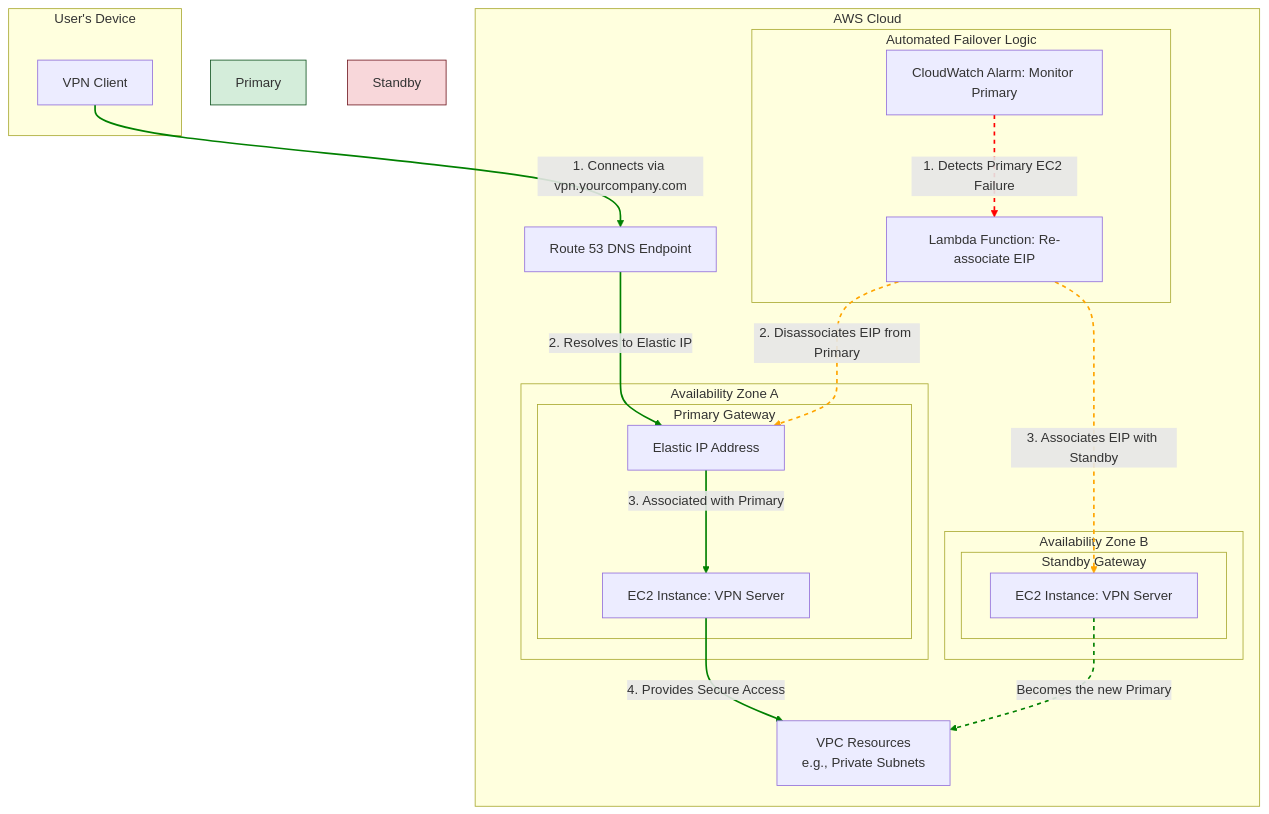
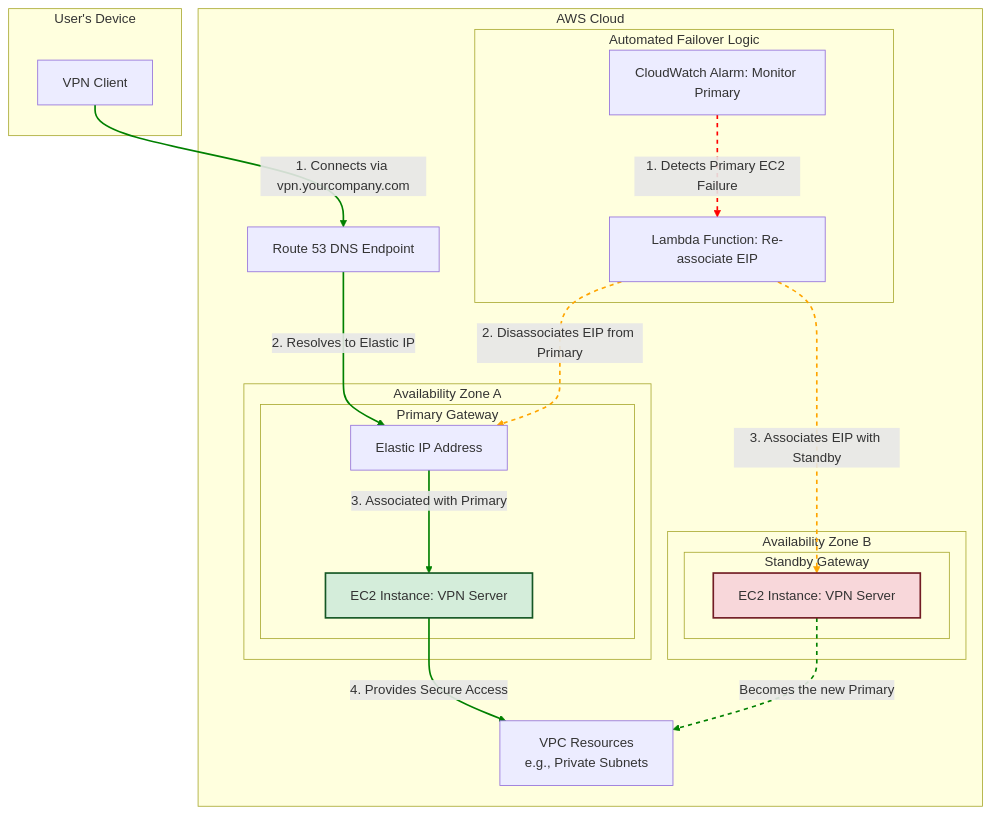
One commit to VDarius-IT/Web_App_Security_Testing_and_Hardening changed the diagram in README.md. Above: the diagram before and after it, drawn with Mermaid.

````diff
--- a/README.md
+++ b/README.md
@@ -60,61 +60,55 @@
 ```mermaid
 graph TD
     subgraph "User's Device"
         U[VPN Client]
     end
 
     subgraph "AWS Cloud"
         R53[Route 53 DNS Endpoint]
 
         subgraph "Availability Zone A"
             subgraph "Primary Gateway"
-                style Primary fill:#d4edda,stroke:#155724
                 P_EC2[EC2 Instance: VPN Server]
                 EIP[Elastic IP Address]
             end
         end
 
         subgraph "Availability Zone B"
             subgraph "Standby Gateway"
-                 style Standby fill:#f8d7da,stroke:#721c24
                  S_EC2[EC2 Instance: VPN Server]
             end
         end
 
         subgraph "Automated Failover Logic"
             CW[CloudWatch Alarm: Monitor Primary]
             L[Lambda Function: Re-associate EIP]
         end
 
         VPC[VPC Resources <br/> e.g., Private Subnets]
     end
 
     %% --- Connections and Flows ---
 
     %% Steady State Flow
     U -- "1. Connects via vpn.yourcompany.com" --> R53
     R53 -- "2. Resolves to Elastic IP" --> EIP
     EIP -- "3. Associated with Primary" --> P_EC2
     P_EC2 -- "4. Provides Secure Access" --> VPC
 
     %% Failover Process
     CW -- "1. Detects Primary EC2 Failure" --> L
     L -- "2. Disassociates EIP from Primary" --> EIP
     L -- "3. Associates EIP with Standby" --> S_EC2
     S_EC2 -- "Becomes the new Primary" --> VPC
 
-    %% --- Link Styles ---
-    %% Styles are applied to links in the order they are defined above.
-    
-    %% Steady State Links (0-3): Green, Solid
-    linkStyle 0 stroke-width:2px,fill:none,stroke:green;
-    linkStyle 1 stroke-width:2px,fill:none,stroke:green;
-    linkStyle 2 stroke-width:2px,fill:none,stroke:green;
-    linkStyle 3 stroke-width:2px,fill:none,stroke:green;
+    %% --- Styling ---
+    classDef primary fill:#d4edda,stroke:#155724,stroke-width:2px;
+    classDef standby fill:#f8d7da,stroke:#721c24,stroke-width:2px;
+    class P_EC2 primary;
+    class S_EC2 standby;
 
-    %% Failover Links (4-7): Dashed, with appropriate colors
-    linkStyle 4 stroke-width:2px,fill:none,stroke:red,stroke-dasharray: 5 5;
-    linkStyle 5 stroke-width:2px,fill:none,stroke:orange,stroke-dasharray: 5 5;
-    linkStyle 6 stroke-width:2px,fill:none,stroke:orange,stroke-dasharray: 5 5;
-    linkStyle 7 stroke-width:2px,fill:none,stroke:green,stroke-dasharray: 5 5;
+    linkStyle 0,1,2,3 stroke:green,stroke-width:2px;
+    linkStyle 4 stroke:red,stroke-width:2px,stroke-dasharray: 5 5;
+    linkStyle 5,6 stroke:orange,stroke-width:2px,stroke-dasharray: 5 5;
+    linkStyle 7 stroke:green,stroke-width:2px,stroke-dasharray: 5 5;
 ```
````
